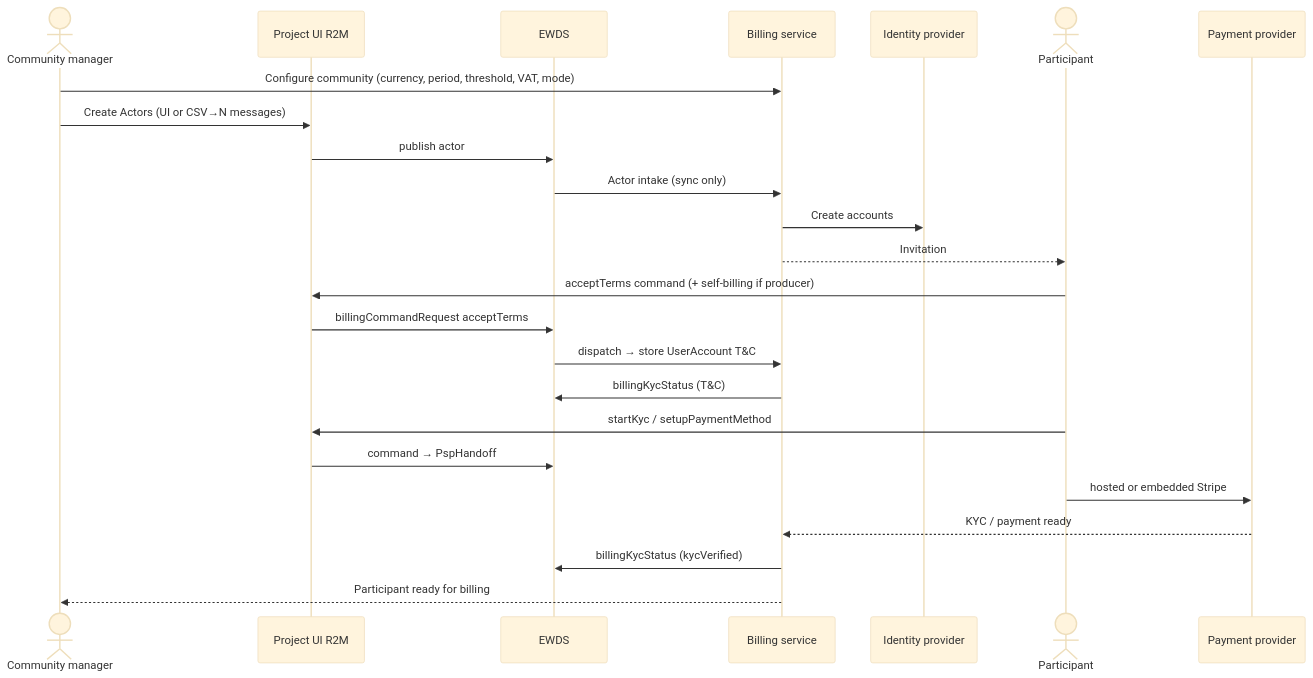
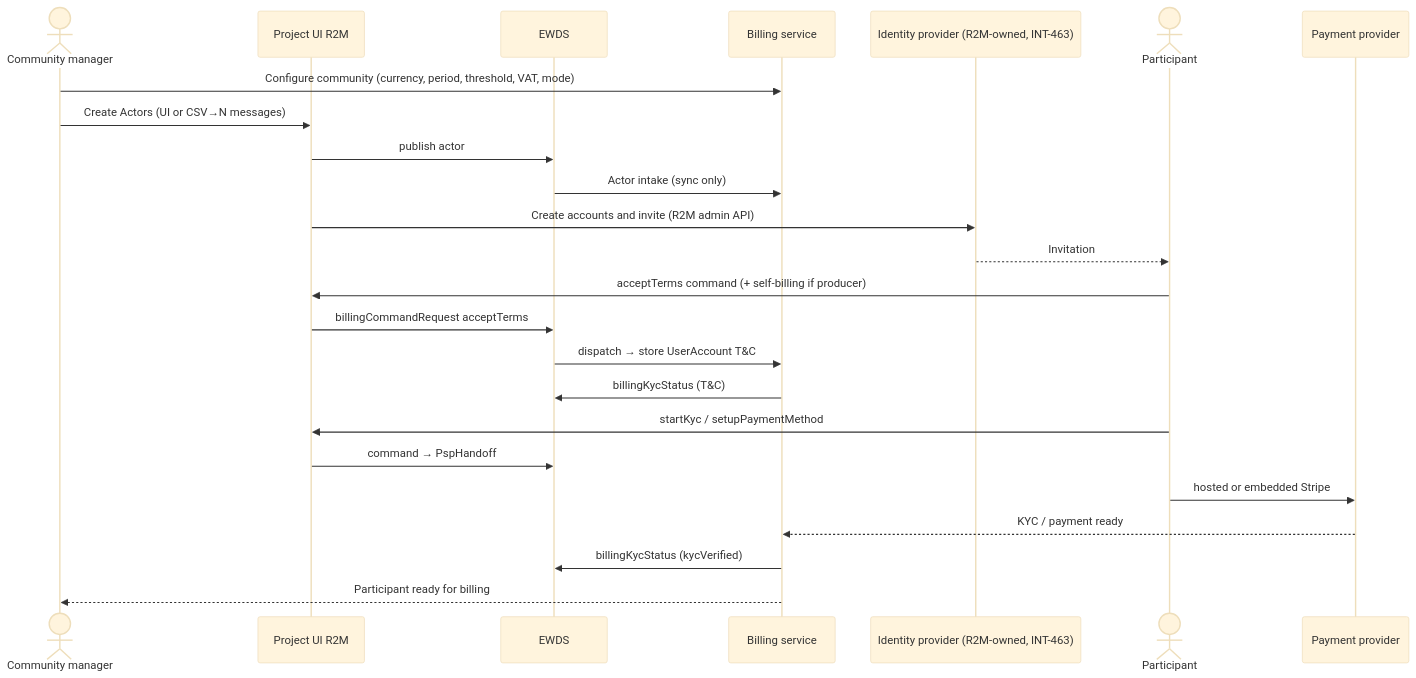
One commit to blooo-io/intelligent-eu-bps-source changed the fourth of 8 diagrams in docs/architecture/01-functional-architecture.md. Above: the diagram before and after it, drawn with Mermaid (base theme). The commit also changed other lines of this file and 49 other files, not shown here.

````diff
--- a/docs/architecture/01-functional-architecture.md
+++ b/docs/architecture/01-functional-architecture.md
@@ -181,26 +182,26 @@
 ```mermaid
 sequenceDiagram
   actor CM as Community manager
   participant R2M as Project UI R2M
   participant DS as EWDS
   participant B as Billing service
-  participant IDP as Identity provider
+  participant IDP as Identity provider (R2M-owned, INT-463)
   actor M as Participant
   participant PSP as Payment provider
   CM->>B: Configure community (currency, period, threshold, VAT, mode)
   CM->>R2M: Create Actors (UI or CSV→N messages)
   R2M->>DS: publish actor
   DS->>B: Actor intake (sync only)
-  B->>IDP: Create accounts
-  B-->>M: Invitation
+  R2M->>IDP: Create accounts and invite (R2M admin API)
+  IDP-->>M: Invitation
   M->>R2M: acceptTerms command (+ self-billing if producer)
   R2M->>DS: billingCommandRequest acceptTerms
   DS->>B: dispatch → store UserAccount T&C
   B->>DS: billingKycStatus (T&C)
   M->>R2M: startKyc / setupPaymentMethod
   R2M->>DS: command → PspHandoff
   M->>PSP: hosted or embedded Stripe
   PSP-->>B: KYC / payment ready
   B->>DS: billingKycStatus (kycVerified)
   B-->>CM: Participant ready for billing
 ```
````
